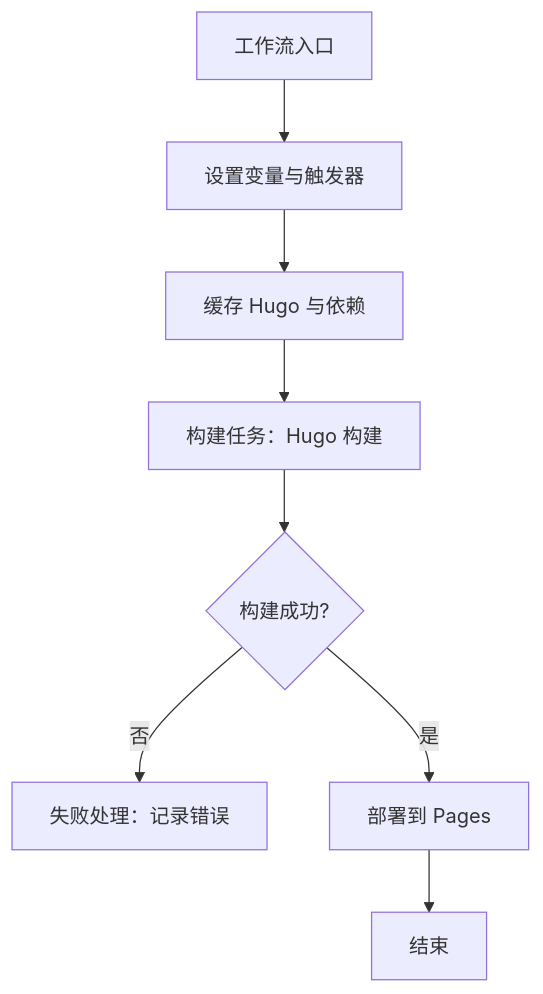
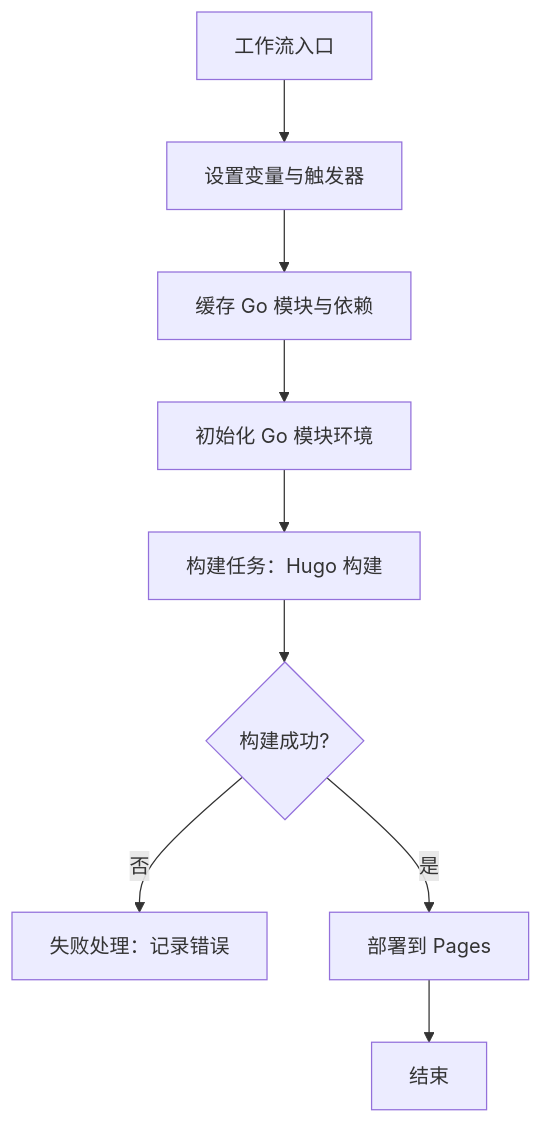
Before and after one commit to nianjiang/nianjiang.github.io: the fourth of 5 diagrams in .qoder/repowiki/zh/content/部署与维护/部署与维护.md, drawn with Mermaid. The commit also changed other lines of this file and 176 other files, not shown here.

````diff
--- a/.qoder/repowiki/zh/content/部署与维护/部署与维护.md
+++ b/.qoder/repowiki/zh/content/部署与维护/部署与维护.md
@@ -116,10 +137,11 @@
 ```mermaid
 flowchart TD
 A["工作流入口"] --> B["设置变量与触发器"]
-B --> C["缓存 Hugo 与依赖"]
-C --> D["构建任务：Hugo 构建"]
-D --> E{"构建成功?"}
-E --> |否| F["失败处理：记录错误"]
-E --> |是| G["部署到 Pages"]
-G --> H["结束"]
+B --> C["缓存 Go 模块与依赖"]
+C --> D["初始化 Go 模块环境"]
+D --> E["构建任务：Hugo 构建"]
+E --> F{"构建成功?"}
+F --> |否| G["失败处理：记录错误"]
+F --> |是| H["部署到 Pages"]
+H --> I["结束"]
 ```
````
